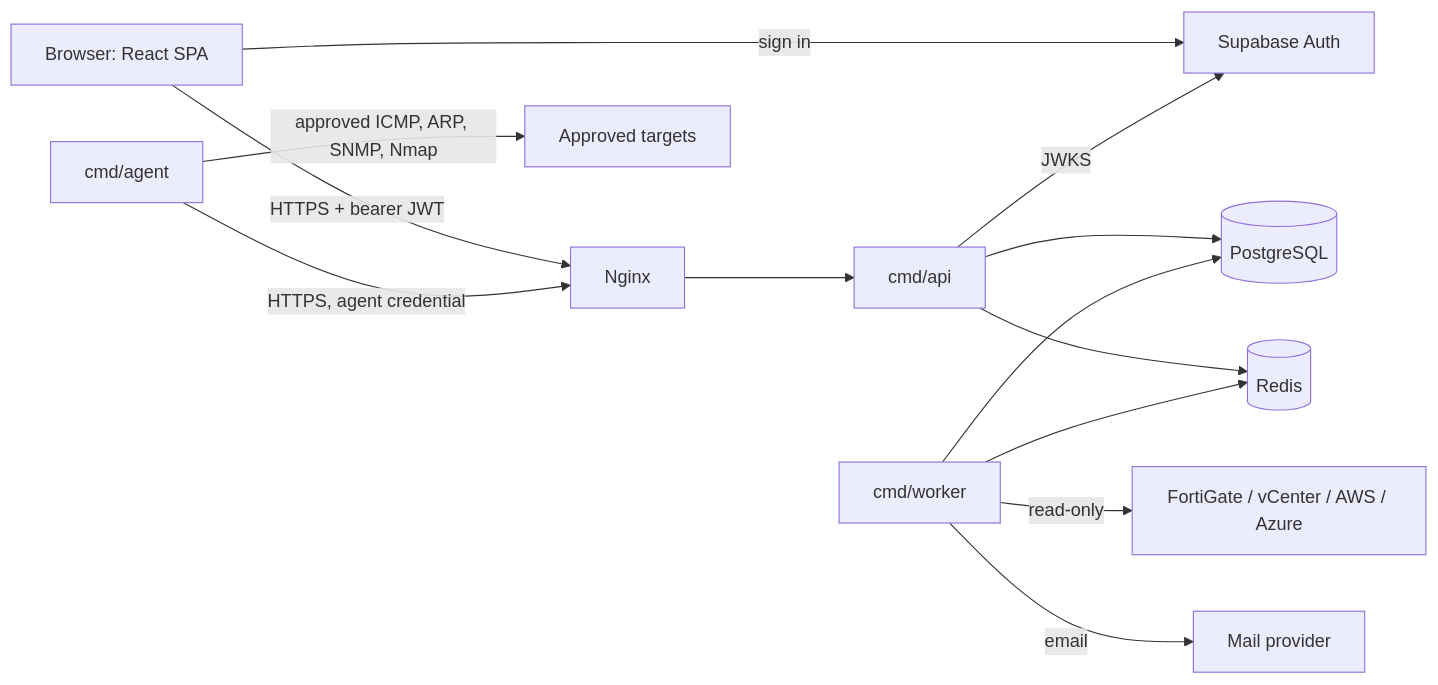
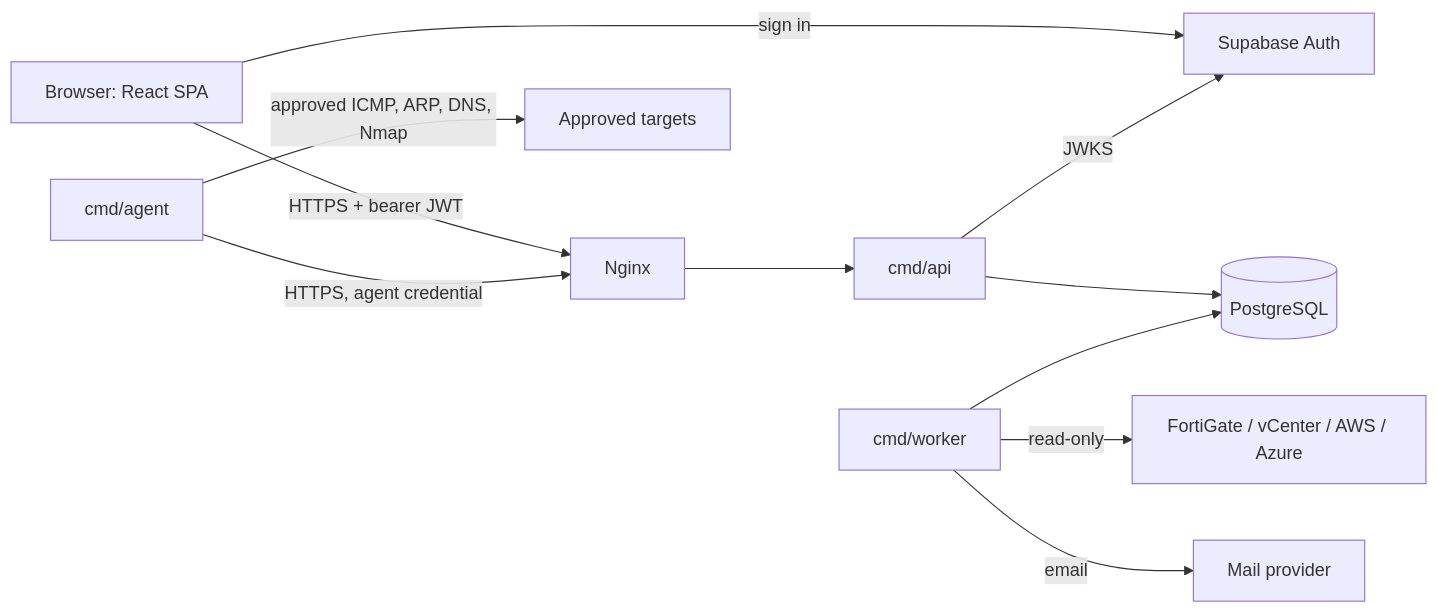
The first of 2 diagrams in docs/architecture.md (HasithaErandika/df-ipam), drawn with Mermaid before and after one commit. The commit also changed other lines of this file and 16 other files, not shown here.

````diff
--- a/docs/architecture.md
+++ b/docs/architecture.md
@@ -5,15 +5,13 @@
 ```mermaid
 flowchart LR
   B[Browser: React SPA] -->|sign in| S[Supabase Auth]
   B -->|HTTPS + bearer JWT| N[Nginx]
   N --> A[cmd/api]
   A -->|JWKS| S
   A --> P[(PostgreSQL)]
-  A --> R[(Redis)]
-  W[cmd/worker] --> R
-  W --> P
+  W[cmd/worker] --> P
   W -->|read-only| I[FortiGate / vCenter / AWS / Azure]
   W -->|email| M[Mail provider]
   G[cmd/agent] -->|HTTPS, agent credential| N
-  G -->|approved ICMP, ARP, SNMP, Nmap| T[Approved targets]
+  G -->|approved ICMP, ARP, DNS, Nmap| T[Approved targets]
 ```
````
